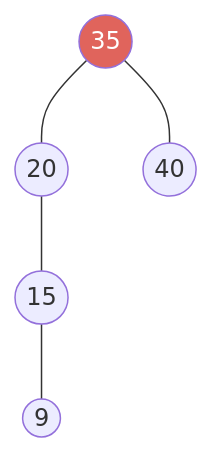
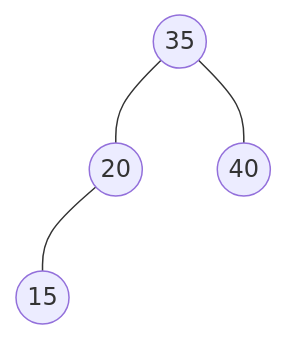
Diagram 37 of 39 in 03-arboles.md (frijolitobandido/Guia_Matematica_Discreta), drawn with Mermaid before and after one commit. The commit also changed other lines of this file, not shown here.

````diff
--- a/03-arboles.md
+++ b/03-arboles.md
@@ -867,9 +864,10 @@
 ```mermaid
 graph TD
-    n35((35)) --- n20((20))
-    n35 --- n40((40))
-    n20 --- n15((15))
-    n15 --- n9((9))
+    35((35)) --- 20((20))
+    35 --- 40((40))
+    20 --- 15((15))
+    20 --- sp1[" "]:::invis
 
-    style n35 fill:#e0645c,color:#fff
+    classDef invis fill:none,stroke:none,color:none
+    linkStyle 3 stroke:none;
 ```
````
